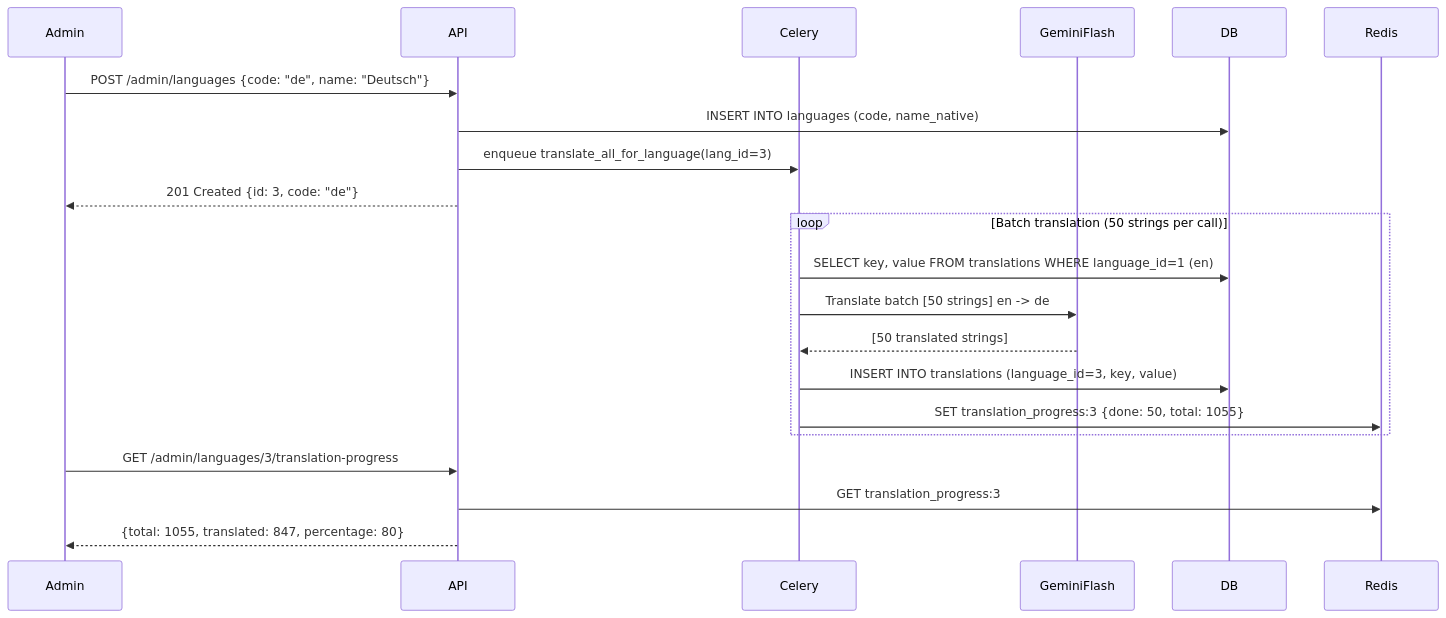
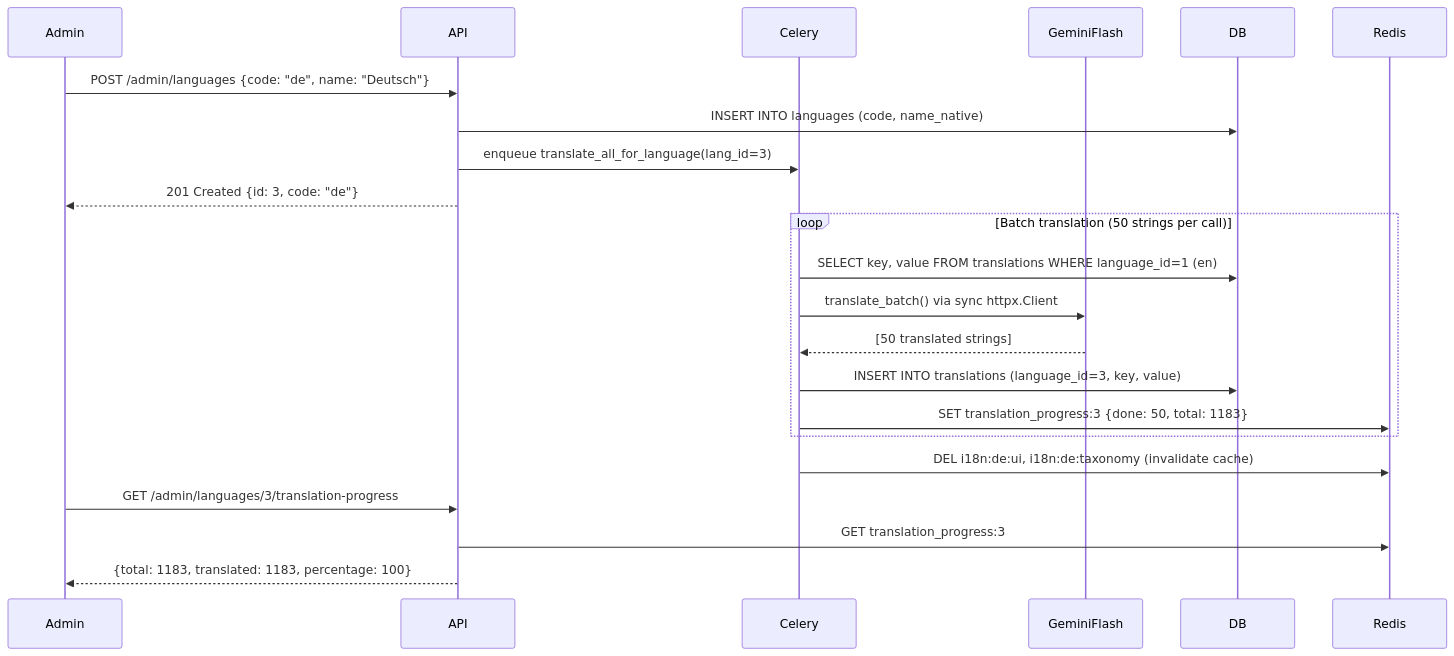
One commit to ramazan-mamuchiev/ai_mentor changed the third of 3 diagrams in architecture/TAXONOMY_I18N.md. Above: the diagram before and after it, drawn with Mermaid. The commit also changed other lines of this file and 51 other files, not shown here.

First line of the commit message:
feat: i18n/taxonomy system, filter sidebar, admin UI improvements

````diff
--- a/architecture/TAXONOMY_I18N.md
+++ b/architecture/TAXONOMY_I18N.md
@@ -542,26 +974,28 @@
 ```mermaid
 sequenceDiagram
     participant Admin
     participant API
     participant Celery
     participant GeminiFlash
     participant DB
     participant Redis
 
     Admin->>API: POST /admin/languages {code: "de", name: "Deutsch"}
     API->>DB: INSERT INTO languages (code, name_native)
     API->>Celery: enqueue translate_all_for_language(lang_id=3)
     API-->>Admin: 201 Created {id: 3, code: "de"}
 
     loop Batch translation (50 strings per call)
         Celery->>DB: SELECT key, value FROM translations WHERE language_id=1 (en)
-        Celery->>GeminiFlash: Translate batch [50 strings] en -> de
+        Celery->>GeminiFlash: translate_batch() via sync httpx.Client
         GeminiFlash-->>Celery: [50 translated strings]
         Celery->>DB: INSERT INTO translations (language_id=3, key, value)
-        Celery->>Redis: SET translation_progress:3 {done: 50, total: 1055}
+        Celery->>Redis: SET translation_progress:3 {done: 50, total: 1183}
     end
+
+    Celery->>Redis: DEL i18n:de:ui, i18n:de:taxonomy (invalidate cache)
 
     Admin->>API: GET /admin/languages/3/translation-progress
     API->>Redis: GET translation_progress:3
-    API-->>Admin: {total: 1055, translated: 847, percentage: 80}
+    API-->>Admin: {total: 1183, translated: 1183, percentage: 100}
 ```
````
